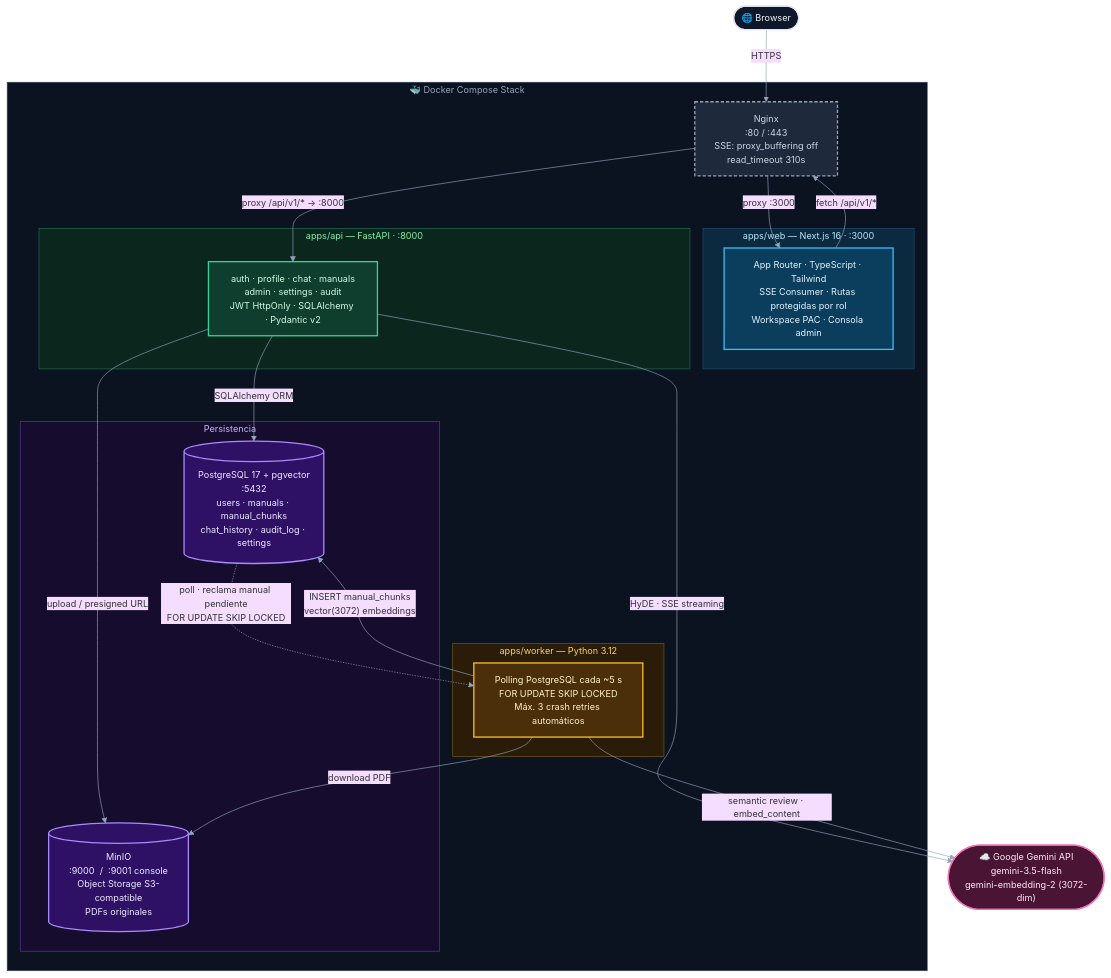
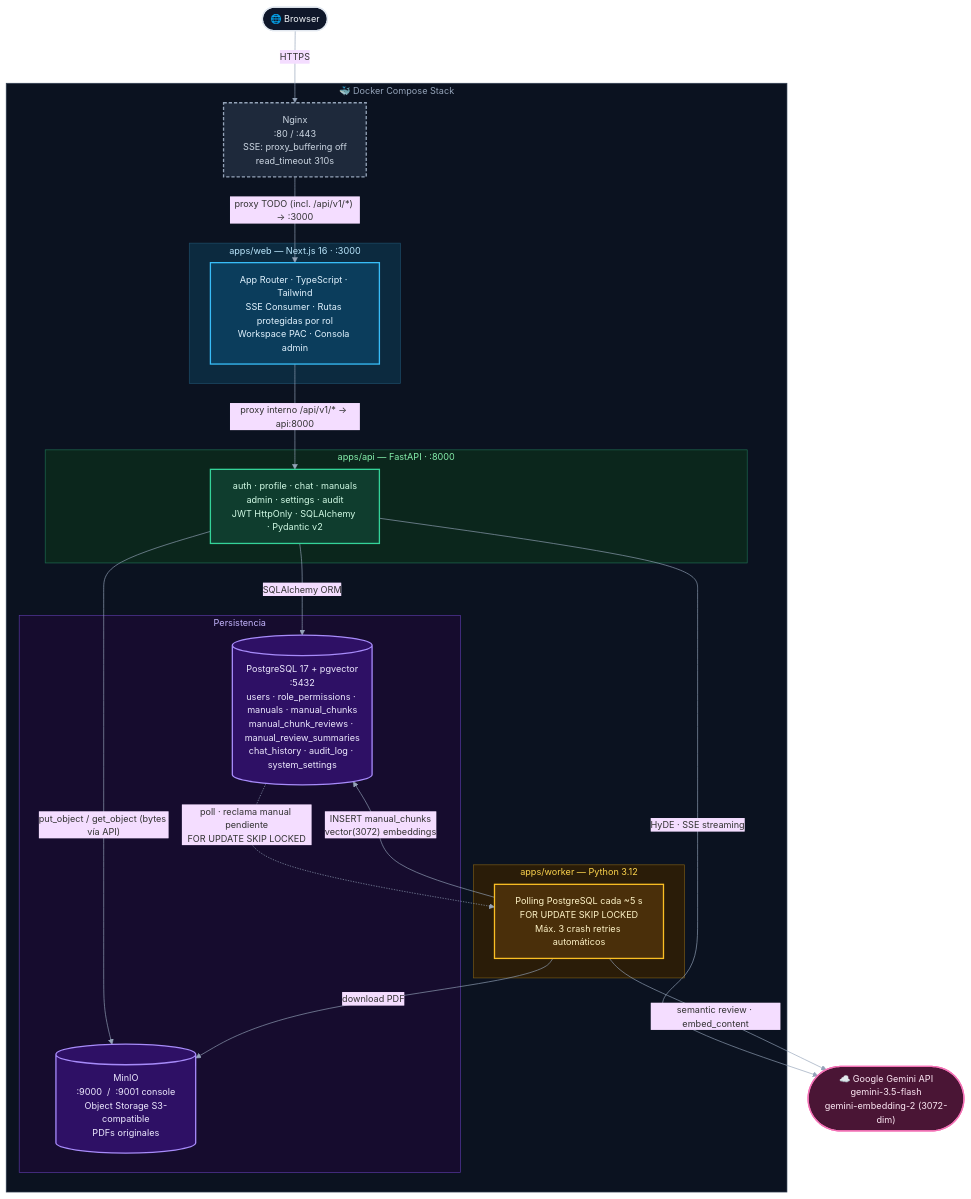
The first of 2 diagrams in README.md (soviedos/rc7_programming_assistant), drawn with Mermaid before and after one commit. The commit also changed other lines of this file and 13 other files, not shown here.

````diff
--- a/README.md
+++ b/README.md
@@ -13,53 +13,52 @@
 ```mermaid
 %%{init: {'theme':'base','themeVariables':{'fontFamily':'ui-sans-serif, system-ui','fontSize':'14px','lineColor':'#94a3b8'},'flowchart':{'curve':'basis','nodeSpacing':45,'rankSpacing':60}}}%%
 flowchart TB
     Browser(["🌐 Browser"]):::client
 
     subgraph DockerStack["🐳 Docker Compose Stack"]
         Nginx["Nginx\n:80 / :443\nSSE: proxy_buffering off\nread_timeout 310s"]:::prod
 
         subgraph FE["apps/web — Next.js 16  ·  :3000"]
             NextJS["App Router · TypeScript · Tailwind\nSSE Consumer · Rutas protegidas por rol\nWorkspace PAC · Consola admin"]:::frontend
         end
 
         subgraph BE["apps/api — FastAPI  ·  :8000"]
             FastAPI["auth · profile · chat · manuals\nadmin · settings · audit\nJWT HttpOnly · SQLAlchemy · Pydantic v2"]:::backend
         end
 
         subgraph WK["apps/worker — Python 3.12"]
             Worker["Polling PostgreSQL cada ~5 s\nFOR UPDATE SKIP LOCKED\nMáx. 3 crash retries automáticos"]:::worker
         end
 
         subgraph DB["Persistencia"]
-            PG[("PostgreSQL 17 + pgvector\n:5432\nusers · manuals · manual_chunks\nchat_history · audit_log · settings")]:::data
+            PG[("PostgreSQL 17 + pgvector\n:5432\nusers · role_permissions · manuals · manual_chunks\nmanual_chunk_reviews · manual_review_summaries\nchat_history · audit_log · system_settings")]:::data
             MinIO[("MinIO\n:9000  /  :9001 console\nObject Storage S3-compatible\nPDFs originales")]:::data
         end
     end
 
     Gemini(["☁️ Google Gemini API\ngemini-3.5-flash\ngemini-embedding-2 (3072-dim)"]):::external
 
     Browser -->|HTTPS| Nginx
-    Nginx -->|proxy :3000| NextJS
-    Nginx -->|"proxy /api/v1/*  →  :8000"| FastAPI
-    NextJS -->|"fetch /api/v1/*"| Nginx
+    Nginx -->|"proxy TODO (incl. /api/v1/*) → :3000"| NextJS
+    NextJS -->|"proxy interno /api/v1/* → api:8000"| FastAPI
     FastAPI -->|"SQLAlchemy ORM"| PG
-    FastAPI -->|"upload / presigned URL"| MinIO
+    FastAPI -->|"put_object / get_object (bytes vía API)"| MinIO
     FastAPI -->|"HyDE · SSE streaming"| Gemini
     PG -.->|"poll · reclama manual pendiente\nFOR UPDATE SKIP LOCKED"| Worker
     Worker -->|"download PDF"| MinIO
     Worker -->|"semantic review · embed_content"| Gemini
     Worker -->|"INSERT manual_chunks\nvector(3072) embeddings"| PG
 
     classDef client fill:#0f172a,stroke:#e2e8f0,stroke-width:2px,color:#f1f5f9
     classDef frontend fill:#0b3d5c,stroke:#38bdf8,stroke-width:2px,color:#e0f2fe
     classDef backend fill:#0f3d2e,stroke:#34d399,stroke-width:2px,color:#d1fae5
     classDef worker fill:#4a2f0a,stroke:#fbbf24,stroke-width:2px,color:#fef3c7
     classDef data fill:#2e1065,stroke:#a78bfa,stroke-width:2px,color:#ede9fe
     classDef external fill:#4a1535,stroke:#f472b6,stroke-width:2px,color:#fce7f3
     classDef prod fill:#1e293b,stroke:#94a3b8,stroke-width:2px,color:#cbd5e1,stroke-dasharray:5 3
     style DockerStack fill:#0b1220,stroke:#334155,color:#94a3b8
     style FE fill:#0c2a3f,stroke:#1e4e6b,color:#bae6fd
     style BE fill:#0b261c,stroke:#1f6f52,color:#86efac
     style WK fill:#2a1c08,stroke:#7a5a16,color:#fcd34d
     style DB fill:#160c2e,stroke:#5b3aa6,color:#c4b5fd
 ```
````
